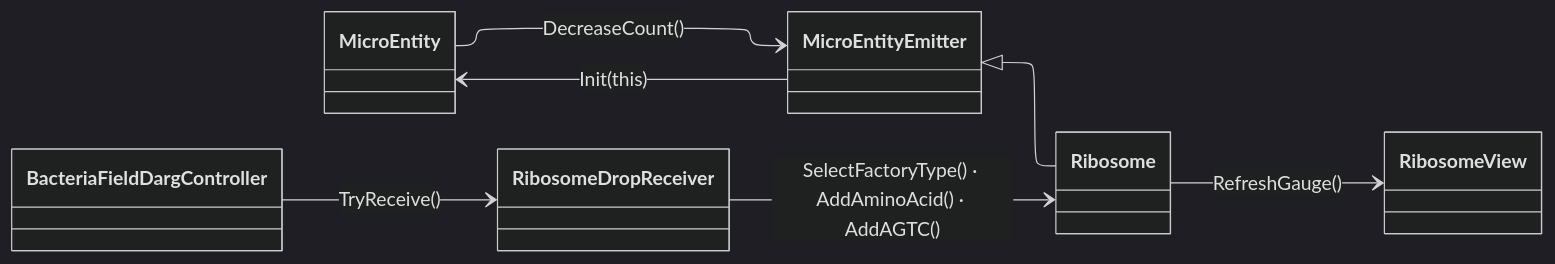
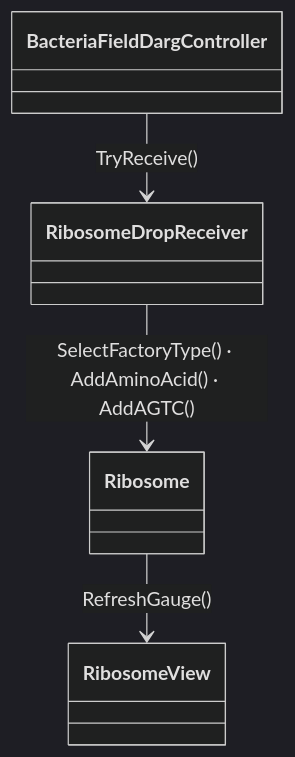
The fourth of 6 diagrams in src/0-super-phage/기술 문서.md (Lets-Gitit/portfolio), drawn with Mermaid (dark theme) before and after one commit. The commit also changed other lines of this file and 3 other files, not shown here.

````diff
--- a/src/0-super-phage/기술 문서.md
+++ b/src/0-super-phage/기술 문서.md
@@ -686,14 +299,7 @@
 ```mermaid
----
-config:
-  layout: elk
----
 classDiagram
-    direction LR
+    direction TB
     BacteriaFieldDargController --> RibosomeDropReceiver : TryReceive()
     RibosomeDropReceiver --> Ribosome : SelectFactoryType() · AddAminoAcid() · AddAGTC()
     Ribosome --> RibosomeView : RefreshGauge()
-    MicroEntityEmitter <|-- Ribosome
-    MicroEntityEmitter --> MicroEntity : Init(this)
-    MicroEntity --> MicroEntityEmitter : DecreaseCount()
 ```
````
